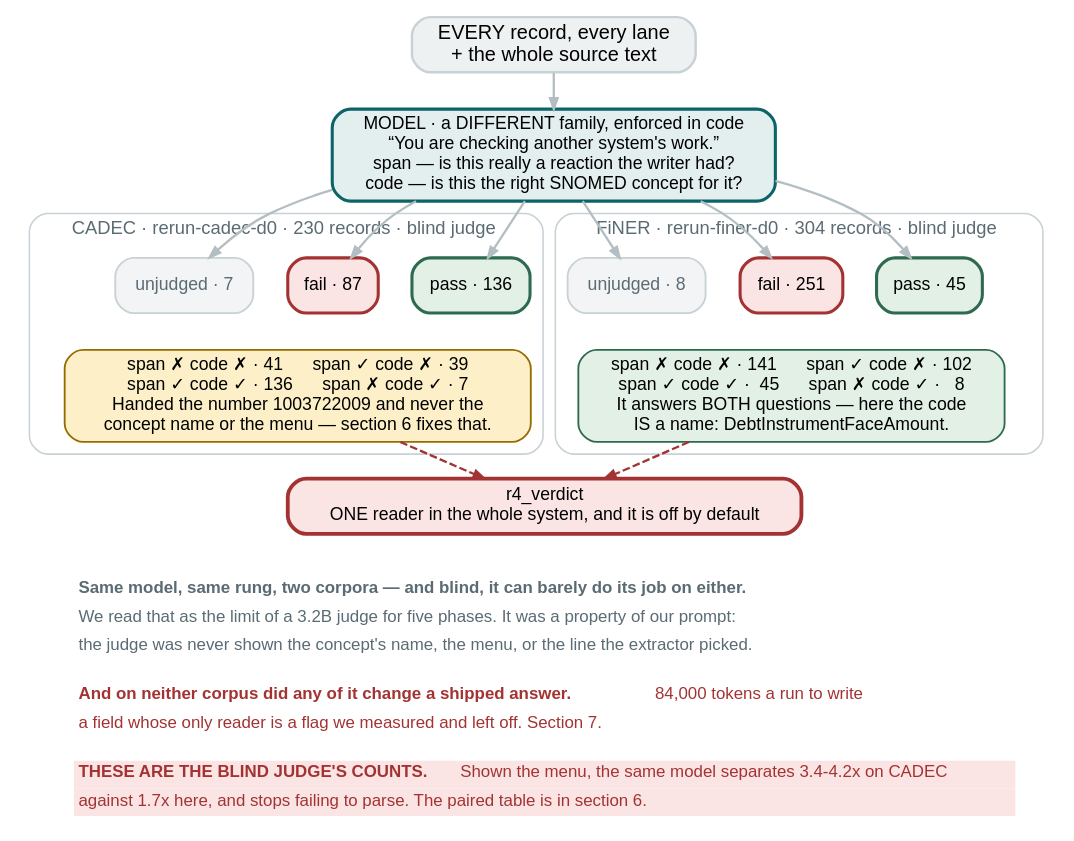
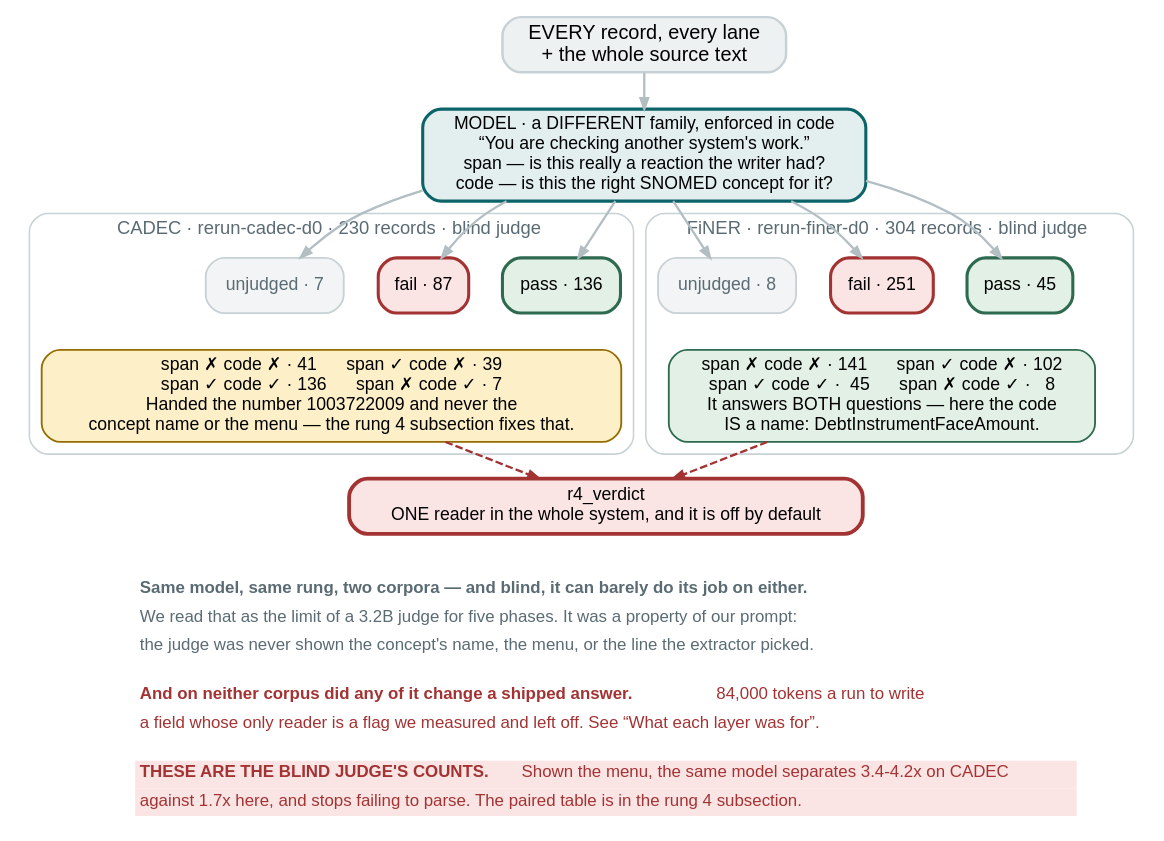
The diagram in docs/figures/fig18-rung4.dot (wbagais/reliability-ladder), drawn with Graphviz before and after one commit. The commit also changed 21 other files, not shown here.

Commit message:
Figures reviewed against the base run: spine rebuilt (both articles), example records 53 of 230, funnel arithmetic 87/217/226, FiNER notes to the base-run replay, section pointers made name-based

```diff
--- a/docs/figures/fig18-rung4.dot
+++ b/docs/figures/fig18-rung4.dot
@@ -1,67 +1,67 @@
 // Rung 4 on both corpora. One model call per record; the judge is required to be
 // a different family from the extractor, enforced in run.py.
 //
 // THE BLIND JUDGE AS SHIPPED, on the base run (2026-09-03): CADEC
 // rerun-cadec-d0 (230 records) pass 136 / fail 87 / 7 unjudged; FiNER
 // rerun-finer-d0 (304) pass 45 / fail 251 / 8 unjudged, decomposed to
 // (span_ok, code_ok). Each panel is ONE run and says which. The judge here was
 // handed a bare code and no menu; the menu-shown judge (rungs.4.menu) is the
 // table in article section 6, and it supersedes these counts.
 //
 // COLOUR KEY — the article's: teal a model runs here · green pass · red fail
 digraph rung4 {
   rankdir=TB; bgcolor="white"; nodesep=0.30; ranksep=0.34;
   node [shape=box style="filled,rounded" fontname="Helvetica" fontsize=11.5
         color="#c8d1d5" penwidth=1.2];
   edge [color="#b3bec3" penwidth=1.5 arrowsize=0.7 fontname="Helvetica" fontsize=10];
 
   in [label="EVERY record, every lane\n+ the whole source text"
       fillcolor="#eef1f2" fontsize=13 penwidth=1.6];
   j  [label="MODEL · a DIFFERENT family, enforced in code\n“You are checking another system's work.”\nspan — is this really a reaction the writer had?\ncode — is this the right SNOMED concept for it?"
       fillcolor="#e3eeef" color="#0c6469" penwidth=2];
 
   subgraph cluster_c {
     label="  CADEC · rerun-cadec-d0 · 230 records · blind judge  "; fontname="Helvetica"; fontsize=12;
     color="#c8d1d5"; style=rounded; fontcolor="#5a6b73";
     cp [label="pass · 136" fillcolor="#e3f0e6" color="#2d6a4f" penwidth=2];
     cf [label="fail · 87" fillcolor="#fbe4e4" color="#a33333" penwidth=2];
     cu [label="unjudged · 7" fillcolor="#f2f4f5" fontcolor="#5a6b73"];
-    cn [label="span ✗ code ✗ · 41      span ✓ code ✗ · 39\nspan ✓ code ✓ · 136      span ✗ code ✓ · 7\nHanded the number 1003722009 and never the\nconcept name or the menu — section 6 fixes that."
+    cn [label="span ✗ code ✗ · 41      span ✓ code ✗ · 39\nspan ✓ code ✓ · 136      span ✗ code ✓ · 7\nHanded the number 1003722009 and never the\nconcept name or the menu — the rung 4 subsection fixes that."
         fillcolor="#fdf0c8" color="#946c00"];
     { rank=same; cp; cf; cu }
     cp -> cn [style=invis]; cf -> cn [style=invis];
   }
 
   subgraph cluster_f {
     label="  FiNER · rerun-finer-d0 · 304 records · blind judge  "; fontname="Helvetica";
     fontsize=12; color="#c8d1d5"; style=rounded; fontcolor="#5a6b73";
     fp [label="pass · 45" fillcolor="#e3f0e6" color="#2d6a4f" penwidth=2];
     ff [label="fail · 251" fillcolor="#fbe4e4" color="#a33333" penwidth=2];
     fu [label="unjudged · 8" fillcolor="#f2f4f5" fontcolor="#5a6b73"];
     fn [label="span ✗ code ✗ · 141      span ✓ code ✗ · 102\nspan ✓ code ✓ ·  45      span ✗ code ✓ ·   8\nIt answers BOTH questions — here the code
 IS a name: DebtInstrumentFaceAmount."
         fillcolor="#e3f0e6" color="#2d6a4f"];
     { rank=same; fp; ff; fu }
     fp -> fn [style=invis]; ff -> fn [style=invis];
   }
 
   dead [label="r4_verdict\nONE reader in the whole system, and it is off by default"
         fillcolor="#fbe4e4" color="#a33333" penwidth=2.5];
 
   in -> j; j -> cp; j -> cf; j -> cu; j -> fp; j -> ff; j -> fu;
   cn -> dead [style=dashed color="#a33333"]; fn -> dead [style=dashed color="#a33333"];
 
   note [shape=plaintext style="" fillcolor="white"
         label=<<TABLE BORDER="0" CELLBORDER="0" CELLSPACING="0" CELLPADDING="3">
         <TR><TD ALIGN="LEFT"><FONT POINT-SIZE="11" COLOR="#5a6b73"><B>Same model, same rung, two corpora — and blind, it can barely do its job on either.</B></FONT></TD></TR>
         <TR><TD ALIGN="LEFT"><FONT POINT-SIZE="11" COLOR="#5a6b73">We read that as the limit of a 3.2B judge for five phases. It was a property of our prompt:</FONT></TD></TR>
         <TR><TD ALIGN="LEFT"><FONT POINT-SIZE="11" COLOR="#5a6b73">the judge was never shown the concept&#39;s name, the menu, or the line the extractor picked.</FONT></TD></TR>
         <TR><TD ALIGN="LEFT"><FONT POINT-SIZE="8"> </FONT></TD></TR>
         <TR><TD ALIGN="LEFT"><FONT POINT-SIZE="11" COLOR="#a33333"><B>And on neither corpus did any of it change a shipped answer.</B> 84,000 tokens a run to write</FONT></TD></TR>
-        <TR><TD ALIGN="LEFT"><FONT POINT-SIZE="11" COLOR="#a33333">a field whose only reader is a flag we measured and left off. Section 7.</FONT></TD></TR>
+        <TR><TD ALIGN="LEFT"><FONT POINT-SIZE="11" COLOR="#a33333">a field whose only reader is a flag we measured and left off. See “What each layer was for”.</FONT></TD></TR>
         <TR><TD ALIGN="LEFT"><FONT POINT-SIZE="8"> </FONT></TD></TR>
         <TR><TD ALIGN="LEFT" BGCOLOR="#fbe4e4"><FONT POINT-SIZE="11" COLOR="#a33333"><B>THESE ARE THE BLIND JUDGE&#39;S COUNTS.</B> Shown the menu, the same model separates 3.4-4.2x on CADEC</FONT></TD></TR>
-        <TR><TD ALIGN="LEFT" BGCOLOR="#fbe4e4"><FONT POINT-SIZE="11" COLOR="#a33333">against 1.7x here, and stops failing to parse. The paired table is in section 6.</FONT></TD></TR>
+        <TR><TD ALIGN="LEFT" BGCOLOR="#fbe4e4"><FONT POINT-SIZE="11" COLOR="#a33333">against 1.7x here, and stops failing to parse. The paired table is in the rung 4 subsection.</FONT></TD></TR>
         </TABLE>>];
   dead -> note [style=invis];
 }
```
